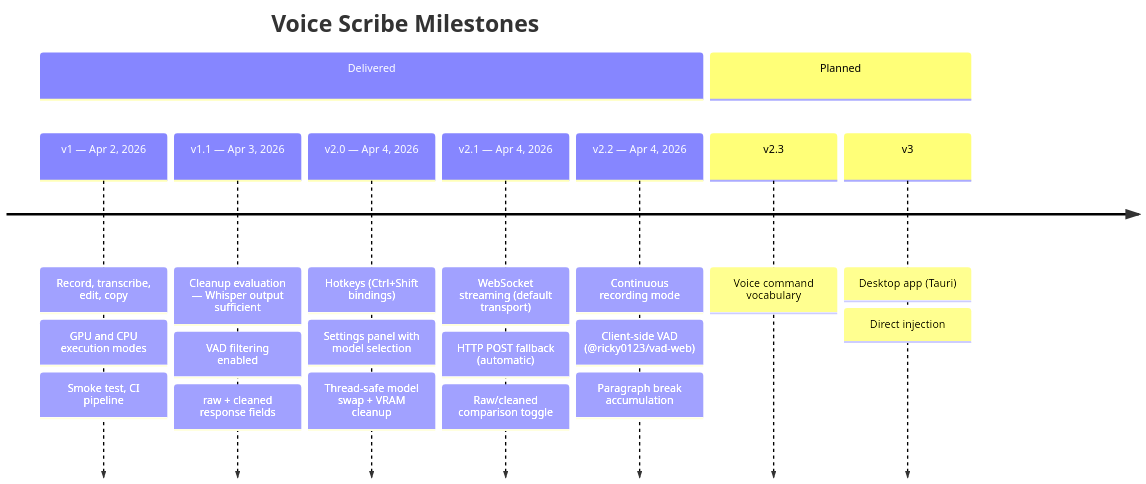
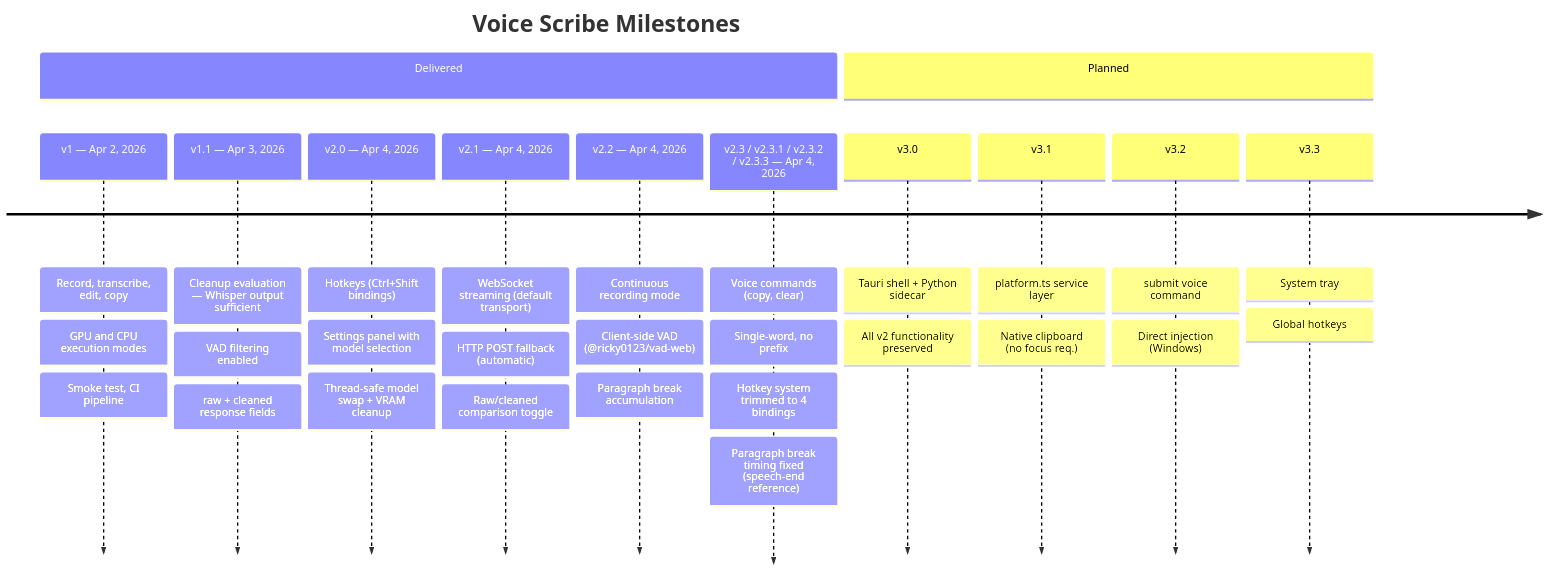
One commit to JohnYanez95/voice-scribe changed the diagram in docs/diagrams/milestone-timeline.mmd. Above: the diagram before and after it, drawn with Mermaid. The commit also changed 6 other files, not shown here.

First line of the commit message:
docs: v2 delivery report, presentation update, roadmap through v3

```diff
--- a/docs/diagrams/milestone-timeline.mmd
+++ b/docs/diagrams/milestone-timeline.mmd
@@ -1,29 +1,41 @@
 timeline
     title Voice Scribe Milestones
     section Delivered
         v1 — Apr 2, 2026
             : Record, transcribe, edit, copy
             : GPU and CPU execution modes
             : Smoke test, CI pipeline
         v1.1 — Apr 3, 2026
             : Cleanup evaluation — Whisper output sufficient
             : VAD filtering enabled
             : raw + cleaned response fields
         v2.0 — Apr 4, 2026
             : Hotkeys (Ctrl+Shift bindings)
             : Settings panel with model selection
             : Thread-safe model swap + VRAM cleanup
         v2.1 — Apr 4, 2026
             : WebSocket streaming (default transport)
             : HTTP POST fallback (automatic)
             : Raw/cleaned comparison toggle
         v2.2 — Apr 4, 2026
             : Continuous recording mode
             : Client-side VAD (@ricky0123/vad-web)
             : Paragraph break accumulation
+        v2.3 / v2.3.1 / v2.3.2 / v2.3.3 — Apr 4, 2026
+            : Voice commands (copy, clear)
+            : Single-word, no prefix
+            : Hotkey system trimmed to 4 bindings
+            : Paragraph break timing fixed (speech-end reference)
     section Planned
-        v2.3
-            : Voice command vocabulary
-        v3
-            : Desktop app (Tauri)
-            : Direct injection
+        v3.0
+            : Tauri shell + Python sidecar
+            : All v2 functionality preserved
+        v3.1
+            : platform.ts service layer
+            : Native clipboard (no focus req.)
+        v3.2
+            : submit voice command
+            : Direct injection (Windows)
+        v3.3
+            : System tray
+            : Global hotkeys
```
